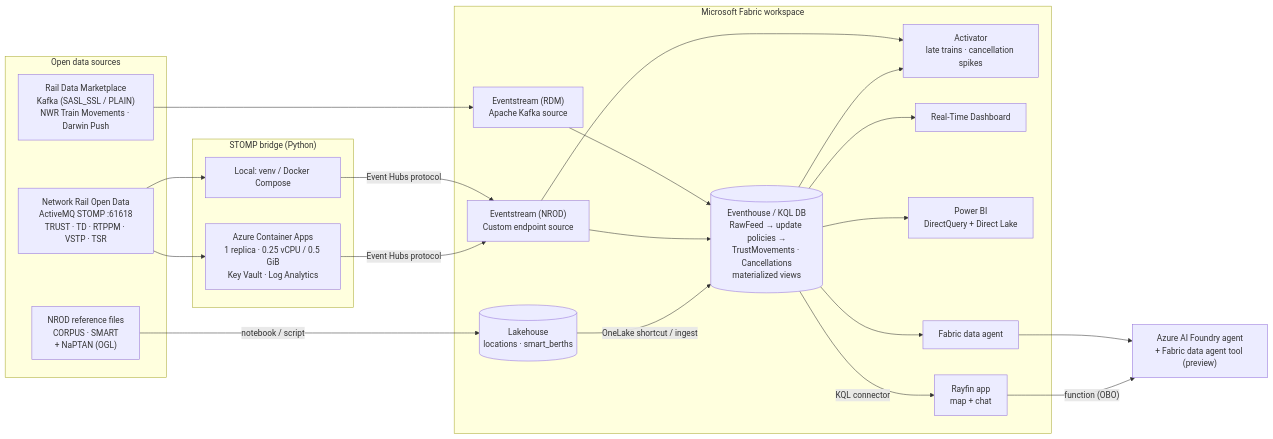
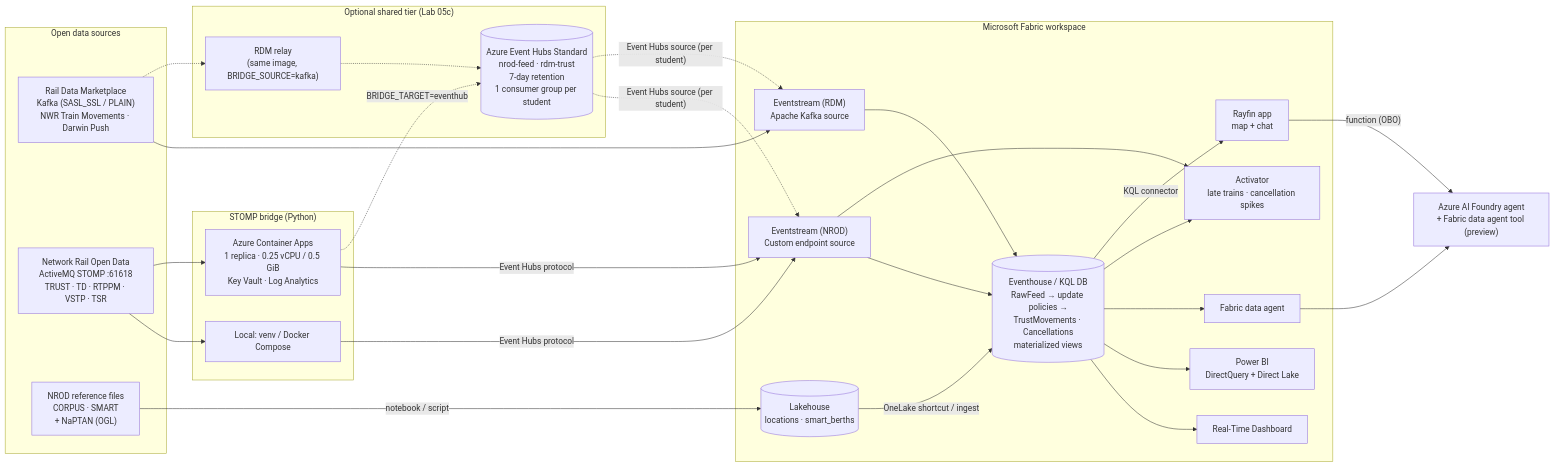
Before and after one commit to ShaneOsborne/Real-Time-Rail-Intelligence-on-Microsoft-Fabric: the diagram in README.md, drawn with Mermaid. The commit also changed other lines of this file, not shown here.

Commit message:
Enhance README.md with optional shared Event Hub details for Lab 05c

````diff
--- a/README.md
+++ b/README.md
@@ -20,41 +20,50 @@
 ```mermaid
 flowchart LR
   subgraph Sources["Open data sources"]
     RDM["Rail Data Marketplace<br/>Kafka (SASL_SSL / PLAIN)<br/>NWR Train Movements · Darwin Push"]
     NROD["Network Rail Open Data<br/>ActiveMQ STOMP :61618<br/>TRUST · TD · RTPPM · VSTP · TSR"]
     REF["NROD reference files<br/>CORPUS · SMART<br/>+ NaPTAN (OGL)"]
   end
 
   subgraph Bridge["STOMP bridge (Python)"]
     LOCAL["Local: venv / Docker Compose"]
     ACA["Azure Container Apps<br/>1 replica · 0.25 vCPU / 0.5 GiB<br/>Key Vault · Log Analytics"]
   end
 
   subgraph Fabric["Microsoft Fabric workspace"]
     ESR["Eventstream (RDM)<br/>Apache Kafka source"]
     ESN["Eventstream (NROD)<br/>Custom endpoint source"]
     EH[("Eventhouse / KQL DB<br/>RawFeed → update policies →<br/>TrustMovements · Cancellations<br/>materialized views")]
     LH[("Lakehouse<br/>locations · smart_berths")]
     ACT["Activator<br/>late trains · cancellation spikes"]
     RTD["Real-Time Dashboard"]
     PBI["Power BI<br/>DirectQuery + Direct Lake"]
     DA["Fabric data agent"]
     APP["Rayfin app<br/>map + chat"]
   end
 
   FOUNDRY["Azure AI Foundry agent<br/>+ Fabric data agent tool (preview)"]
 
+  subgraph Shared["Optional shared tier (Lab 05c)"]
+    EHNS[("Azure Event Hubs Standard<br/>nrod-feed · rdm-trust<br/>7-day retention<br/>1 consumer group per student")]
+    RELAY["RDM relay<br/>(same image, BRIDGE_SOURCE=kafka)"]
+  end
+
   RDM --> ESR
   NROD --> LOCAL & ACA
   LOCAL -- Event Hubs protocol --> ESN
   ACA -- Event Hubs protocol --> ESN
+  ACA -. "BRIDGE_TARGET=eventhub" .-> EHNS
+  RDM -.-> RELAY -.-> EHNS
+  EHNS -. "Event Hubs source (per student)" .-> ESN
+  EHNS -. "Event Hubs source (per student)" .-> ESR
   ESR --> EH
   ESN --> EH
   ESN --> ACT
   REF -- notebook / script --> LH
   LH -- OneLake shortcut / ingest --> EH
   EH --> RTD & PBI & DA & ACT
   DA --> FOUNDRY
   EH -- KQL connector --> APP
   APP -- function (OBO) --> FOUNDRY
 ```
````
